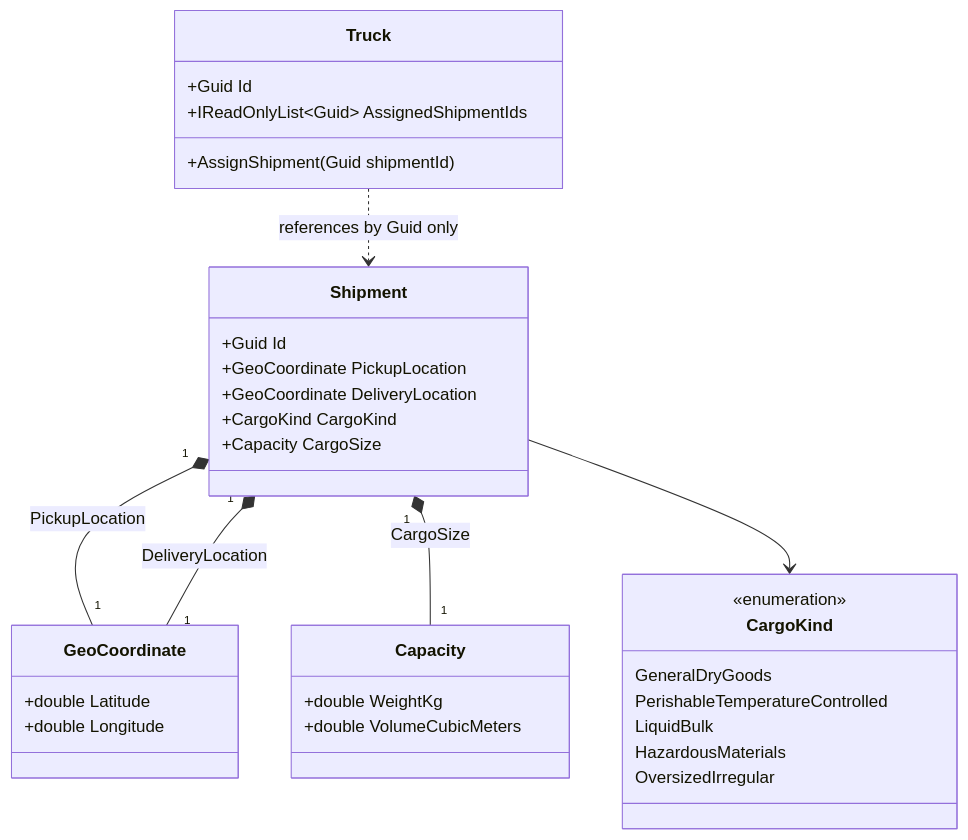
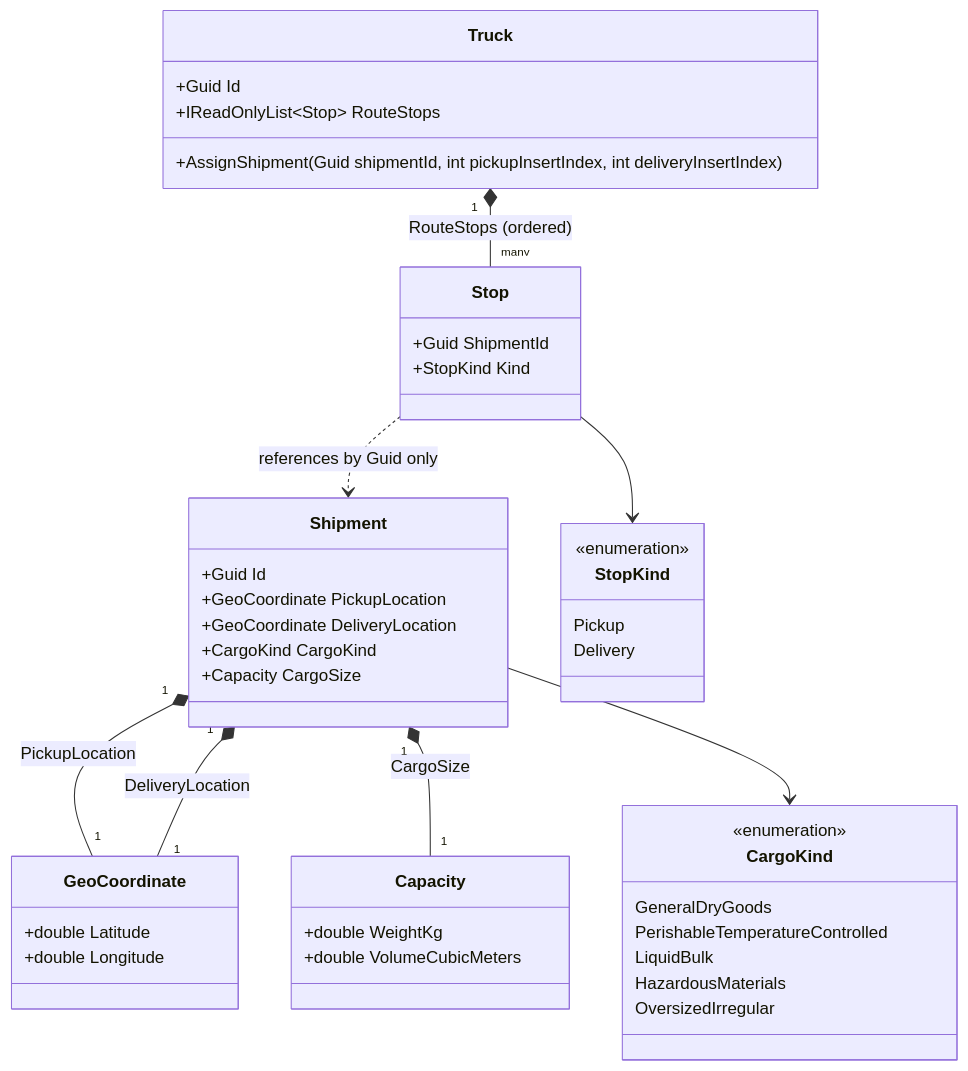
One commit to RTO-The-Coder/freight-marketplace changed the diagram in docs/design/slice-3-minimal-shipment.md. Above: the diagram before and after it, drawn with Mermaid. The commit also changed other lines of this file and 4 other files, not shown here.

First line of the commit message:
Replace Truck.AssignedShipmentIds with an ordered route-stop sequence

````diff
--- a/docs/design/slice-3-minimal-shipment.md
+++ b/docs/design/slice-3-minimal-shipment.md
@@ -15,41 +15,54 @@
 ```mermaid
 classDiagram
     class Shipment {
         +Guid Id
         +GeoCoordinate PickupLocation
         +GeoCoordinate DeliveryLocation
         +CargoKind CargoKind
         +Capacity CargoSize
     }
 
     class CargoKind {
         <<enumeration>>
         GeneralDryGoods
         PerishableTemperatureControlled
         LiquidBulk
         HazardousMaterials
         OversizedIrregular
     }
 
     class Truck {
         +Guid Id
-        +IReadOnlyList~Guid~ AssignedShipmentIds
-        +AssignShipment(Guid shipmentId)
+        +IReadOnlyList~Stop~ RouteStops
+        +AssignShipment(Guid shipmentId, int pickupInsertIndex, int deliveryInsertIndex)
+    }
+
+    class Stop {
+        +Guid ShipmentId
+        +StopKind Kind
+    }
+
+    class StopKind {
+        <<enumeration>>
+        Pickup
+        Delivery
     }
 
     class GeoCoordinate {
         +double Latitude
         +double Longitude
     }
 
     class Capacity {
         +double WeightKg
         +double VolumeCubicMeters
     }
 
     Shipment "1" *-- "1" GeoCoordinate : PickupLocation
     Shipment "1" *-- "1" GeoCoordinate : DeliveryLocation
     Shipment "1" *-- "1" Capacity : CargoSize
     Shipment --> CargoKind
-    Truck ..> Shipment : references by Guid only
+    Truck "1" *-- "many" Stop : RouteStops (ordered)
+    Stop --> StopKind
+    Stop ..> Shipment : references by Guid only
 ```
````
